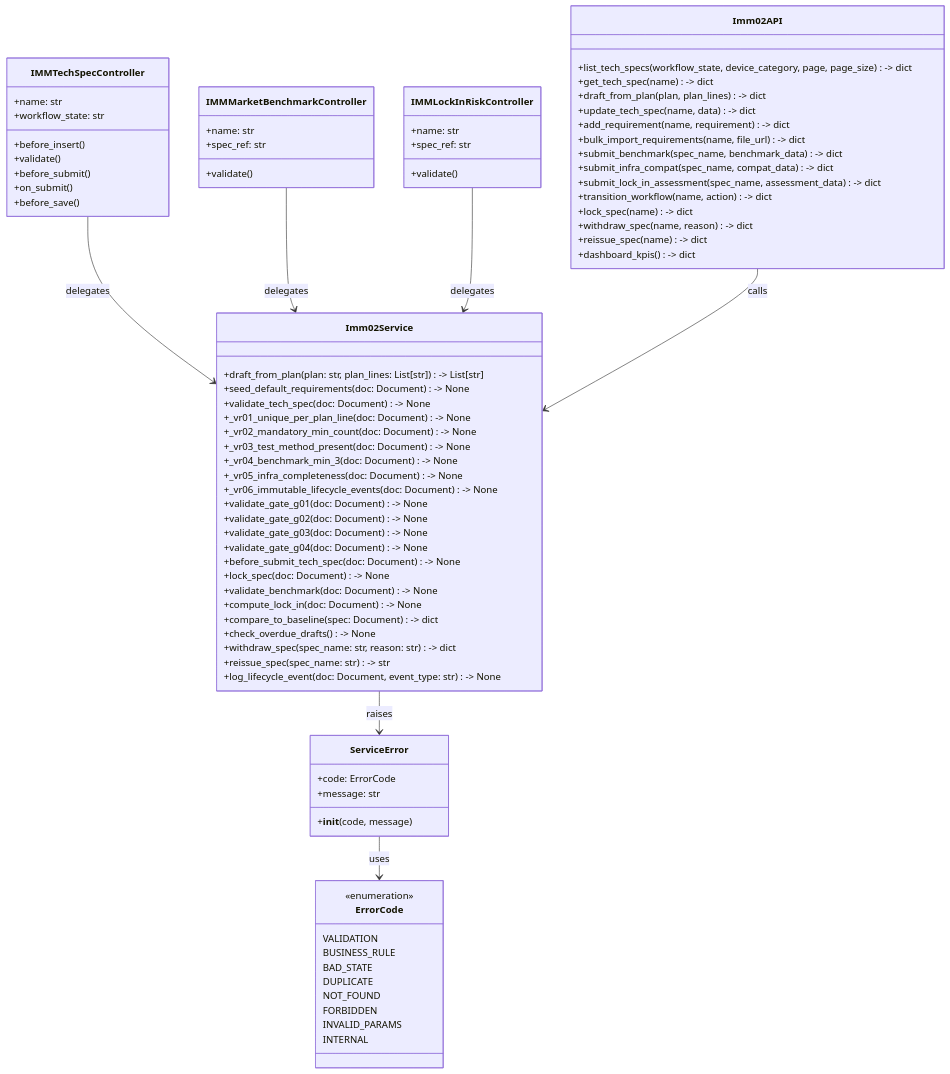
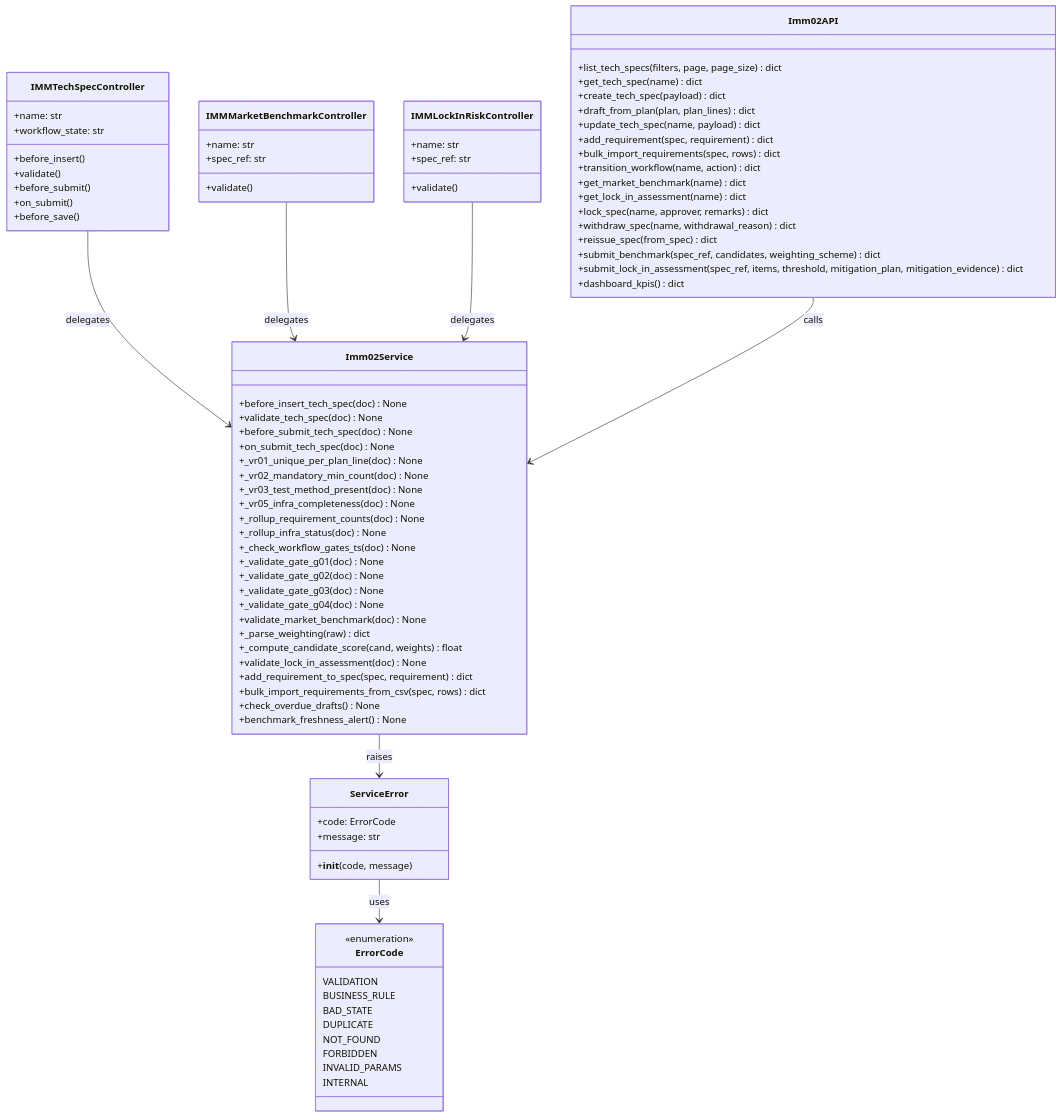
One commit to mvl26/Assetcore changed the second of 2 diagrams in docs/imm-02/03_Diagrams.md. Above: the diagram before and after it, drawn with Mermaid. The commit also changed other lines of this file and 180 other files, not shown here.

```diff
--- a/docs/imm-02/03_Diagrams.md
+++ b/docs/imm-02/03_Diagrams.md
@@ -194,45 +194,48 @@
     }
 
     class Imm02Service {
-        +draft_from_plan(plan: str, plan_lines: List[str]) -> List[str]
-        +seed_default_requirements(doc: Document) -> None
-        +validate_tech_spec(doc: Document) -> None
-        +_vr01_unique_per_plan_line(doc: Document) -> None
-        +_vr02_mandatory_min_count(doc: Document) -> None
-        +_vr03_test_method_present(doc: Document) -> None
-        +_vr04_benchmark_min_3(doc: Document) -> None
-        +_vr05_infra_completeness(doc: Document) -> None
-        +_vr06_immutable_lifecycle_events(doc: Document) -> None
-        +validate_gate_g01(doc: Document) -> None
-        +validate_gate_g02(doc: Document) -> None
-        +validate_gate_g03(doc: Document) -> None
-        +validate_gate_g04(doc: Document) -> None
-        +before_submit_tech_spec(doc: Document) -> None
-        +lock_spec(doc: Document) -> None
-        +validate_benchmark(doc: Document) -> None
-        +compute_lock_in(doc: Document) -> None
-        +compare_to_baseline(spec: Document) -> dict
-        +check_overdue_drafts() -> None
-        +withdraw_spec(spec_name: str, reason: str) -> dict
-        +reissue_spec(spec_name: str) -> str
-        +log_lifecycle_event(doc: Document, event_type: str) -> None
+        +before_insert_tech_spec(doc) None
+        +validate_tech_spec(doc) None
+        +before_submit_tech_spec(doc) None
+        +on_submit_tech_spec(doc) None
+        +_vr01_unique_per_plan_line(doc) None
+        +_vr02_mandatory_min_count(doc) None
+        +_vr03_test_method_present(doc) None
+        +_vr05_infra_completeness(doc) None
+        +_rollup_requirement_counts(doc) None
+        +_rollup_infra_status(doc) None
+        +_check_workflow_gates_ts(doc) None
+        +_validate_gate_g01(doc) None
+        +_validate_gate_g02(doc) None
+        +_validate_gate_g03(doc) None
+        +_validate_gate_g04(doc) None
+        +validate_market_benchmark(doc) None
+        +_parse_weighting(raw) dict
+        +_compute_candidate_score(cand, weights) float
+        +validate_lock_in_assessment(doc) None
+        +add_requirement_to_spec(spec, requirement) dict
+        +bulk_import_requirements_from_csv(spec, rows) dict
+        +check_overdue_drafts() None
+        +benchmark_freshness_alert() None
     }
 
     class Imm02API {
-        +list_tech_specs(workflow_state, device_category, page, page_size) -> dict
-        +get_tech_spec(name) -> dict
-        +draft_from_plan(plan, plan_lines) -> dict
-        +update_tech_spec(name, data) -> dict
-        +add_requirement(name, requirement) -> dict
-        +bulk_import_requirements(name, file_url) -> dict
-        +submit_benchmark(spec_name, benchmark_data) -> dict
-        +submit_infra_compat(spec_name, compat_data) -> dict
-        +submit_lock_in_assessment(spec_name, assessment_data) -> dict
-        +transition_workflow(name, action) -> dict
-        +lock_spec(name) -> dict
-        +withdraw_spec(name, reason) -> dict
-        +reissue_spec(name) -> dict
-        +dashboard_kpis() -> dict
+        +list_tech_specs(filters, page, page_size) dict
+        +get_tech_spec(name) dict
+        +create_tech_spec(payload) dict
+        +draft_from_plan(plan, plan_lines) dict
+        +update_tech_spec(name, payload) dict
+        +add_requirement(spec, requirement) dict
+        +bulk_import_requirements(spec, rows) dict
+        +transition_workflow(name, action) dict
+        +get_market_benchmark(name) dict
+        +get_lock_in_assessment(name) dict
+        +lock_spec(name, approver, remarks) dict
+        +withdraw_spec(name, withdrawal_reason) dict
+        +reissue_spec(from_spec) dict
+        +submit_benchmark(spec_ref, candidates, weighting_scheme) dict
+        +submit_lock_in_assessment(spec_ref, items, threshold, mitigation_plan, mitigation_evidence) dict
+        +dashboard_kpis() dict
     }
 
     class ServiceError {
```
